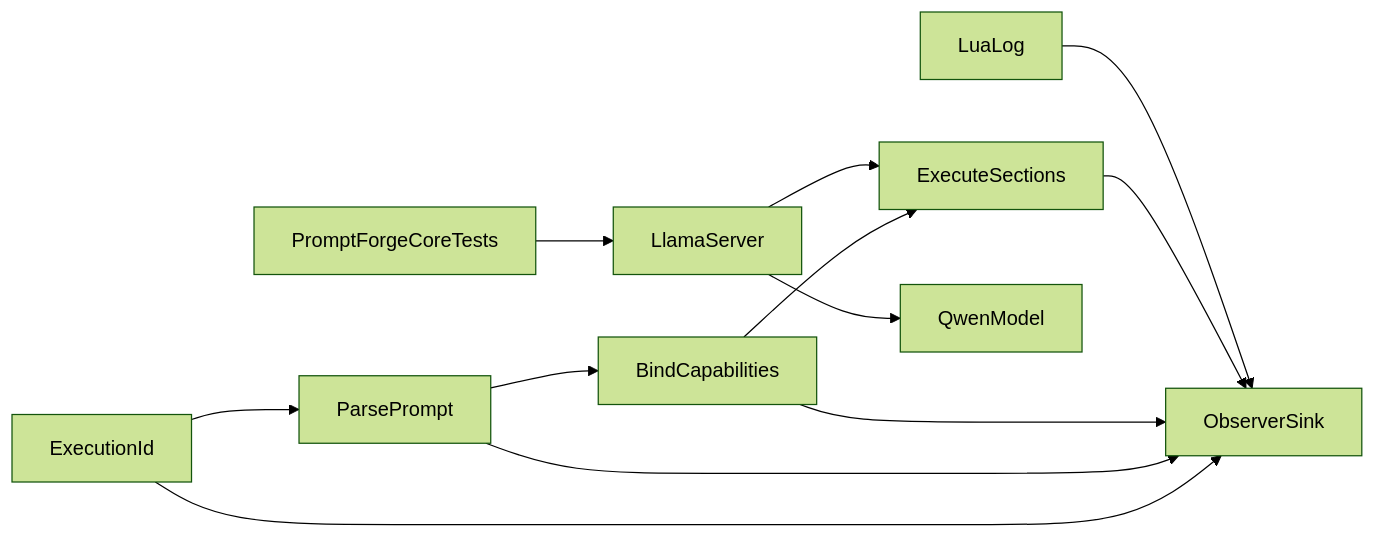
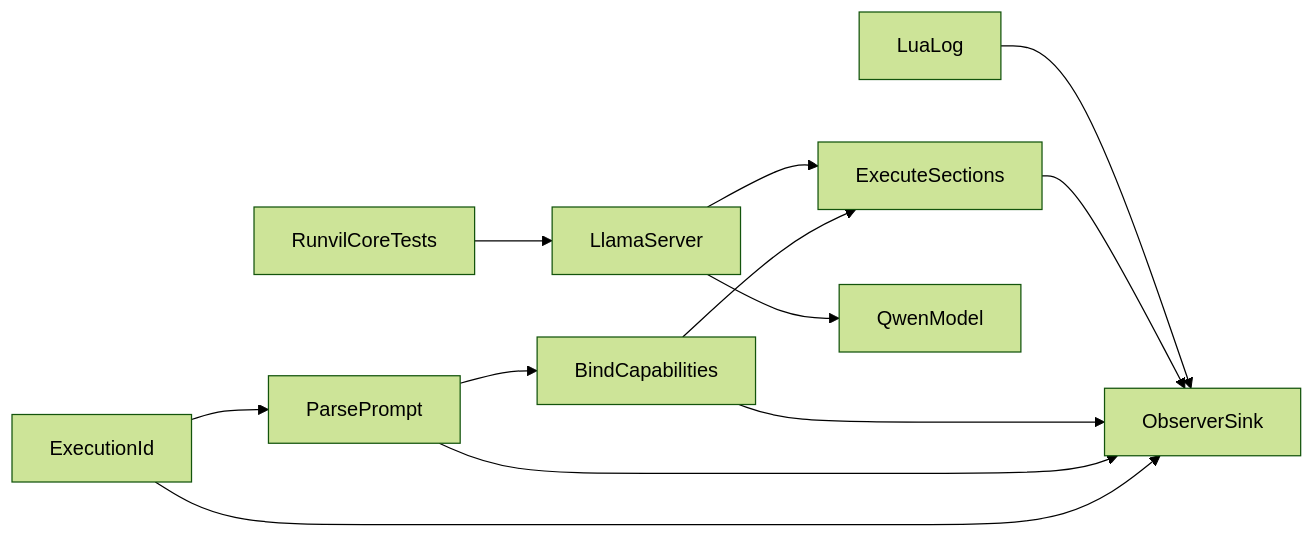
The diagram in vibe/2026-08/2026-08-06-1-prompt-fixtures-logging.md (cppalliance/promptforge), drawn with Mermaid (forest theme) before and after one commit. The commit also changed other lines of this file and 1573 other files, not shown here.

````diff
--- a/vibe/2026-08/2026-08-06-1-prompt-fixtures-logging.md
+++ b/vibe/2026-08/2026-08-06-1-prompt-fixtures-logging.md
@@ -120,14 +120,14 @@
 ```mermaid
 flowchart LR
     ExecutionId[ExecutionId] --> Parse[ParsePrompt]
     Parse --> Bind[BindCapabilities]
     Bind --> Run[ExecuteSections]
     ExecutionId --> Observer[ObserverSink]
     Parse --> Observer
     Bind --> Observer
     Run --> Observer
     LuaLog[LuaLog] --> Observer
-    CoreTests[PromptForgeCoreTests] --> LlamaServer[LlamaServer]
+    CoreTests[RunvilCoreTests] --> LlamaServer[LlamaServer]
     LlamaServer --> Qwen[QwenModel]
     LlamaServer --> Run
 ```
````
